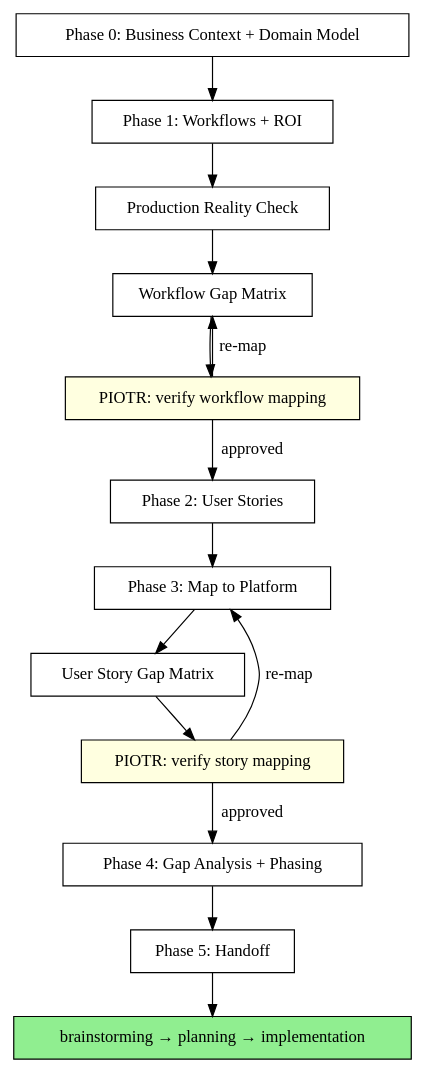
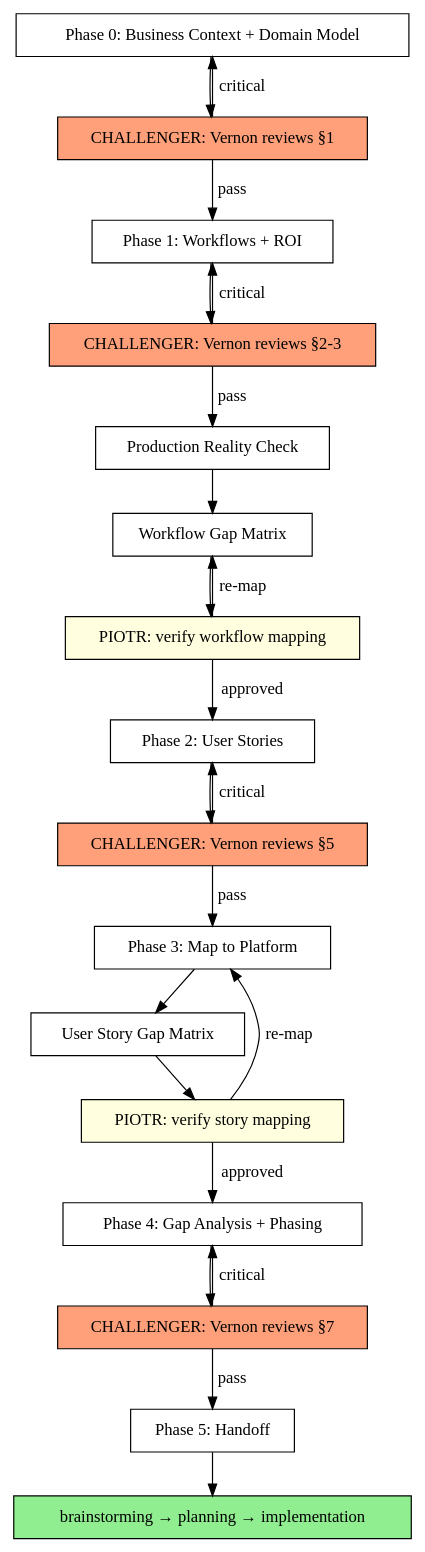
The diagram in app-specs/skills/mat/SKILL.md (open-mercato/ready-app-oss-prm), drawn with Graphviz before and after one commit. The commit also changed other lines of this file and 3 other files, not shown here.

````diff
--- a/app-specs/skills/mat/SKILL.md
+++ b/app-specs/skills/mat/SKILL.md
@@ -249,31 +323,43 @@
 ```dot
 digraph flow {
     rankdir=TB;
     "Phase 0: Business Context + Domain Model" [shape=box];
+    "CHALLENGER: Vernon reviews §1" [shape=box style=filled fillcolor=lightsalmon];
     "Phase 1: Workflows + ROI" [shape=box];
+    "CHALLENGER: Vernon reviews §2-3" [shape=box style=filled fillcolor=lightsalmon];
     "Production Reality Check" [shape=box];
     "Workflow Gap Matrix" [shape=box];
     "PIOTR: verify workflow mapping" [shape=box style=filled fillcolor=lightyellow];
     "Phase 2: User Stories" [shape=box];
+    "CHALLENGER: Vernon reviews §5" [shape=box style=filled fillcolor=lightsalmon];
     "Phase 3: Map to Platform" [shape=box];
     "User Story Gap Matrix" [shape=box];
     "PIOTR: verify story mapping" [shape=box style=filled fillcolor=lightyellow];
     "Phase 4: Gap Analysis + Phasing" [shape=box];
+    "CHALLENGER: Vernon reviews §7" [shape=box style=filled fillcolor=lightsalmon];
     "Phase 5: Handoff" [shape=box];
     "brainstorming → planning → implementation" [shape=box style=filled fillcolor=lightgreen];
 
-    "Phase 0: Business Context + Domain Model" -> "Phase 1: Workflows + ROI";
-    "Phase 1: Workflows + ROI" -> "Production Reality Check";
+    "Phase 0: Business Context + Domain Model" -> "CHALLENGER: Vernon reviews §1";
+    "CHALLENGER: Vernon reviews §1" -> "Phase 1: Workflows + ROI" [label="pass"];
+    "CHALLENGER: Vernon reviews §1" -> "Phase 0: Business Context + Domain Model" [label="critical"];
+    "Phase 1: Workflows + ROI" -> "CHALLENGER: Vernon reviews §2-3";
+    "CHALLENGER: Vernon reviews §2-3" -> "Production Reality Check" [label="pass"];
+    "CHALLENGER: Vernon reviews §2-3" -> "Phase 1: Workflows + ROI" [label="critical"];
     "Production Reality Check" -> "Workflow Gap Matrix";
     "Workflow Gap Matrix" -> "PIOTR: verify workflow mapping";
     "PIOTR: verify workflow mapping" -> "Phase 2: User Stories" [label="approved"];
     "PIOTR: verify workflow mapping" -> "Workflow Gap Matrix" [label="re-map"];
-    "Phase 2: User Stories" -> "Phase 3: Map to Platform";
+    "Phase 2: User Stories" -> "CHALLENGER: Vernon reviews §5";
+    "CHALLENGER: Vernon reviews §5" -> "Phase 3: Map to Platform" [label="pass"];
+    "CHALLENGER: Vernon reviews §5" -> "Phase 2: User Stories" [label="critical"];
     "Phase 3: Map to Platform" -> "User Story Gap Matrix";
     "User Story Gap Matrix" -> "PIOTR: verify story mapping";
     "PIOTR: verify story mapping" -> "Phase 4: Gap Analysis + Phasing" [label="approved"];
     "PIOTR: verify story mapping" -> "Phase 3: Map to Platform" [label="re-map"];
-    "Phase 4: Gap Analysis + Phasing" -> "Phase 5: Handoff";
+    "Phase 4: Gap Analysis + Phasing" -> "CHALLENGER: Vernon reviews §7";
+    "CHALLENGER: Vernon reviews §7" -> "Phase 5: Handoff" [label="pass"];
+    "CHALLENGER: Vernon reviews §7" -> "Phase 4: Gap Analysis + Phasing" [label="critical"];
     "Phase 5: Handoff" -> "brainstorming → planning → implementation";
 }
 ```
````
